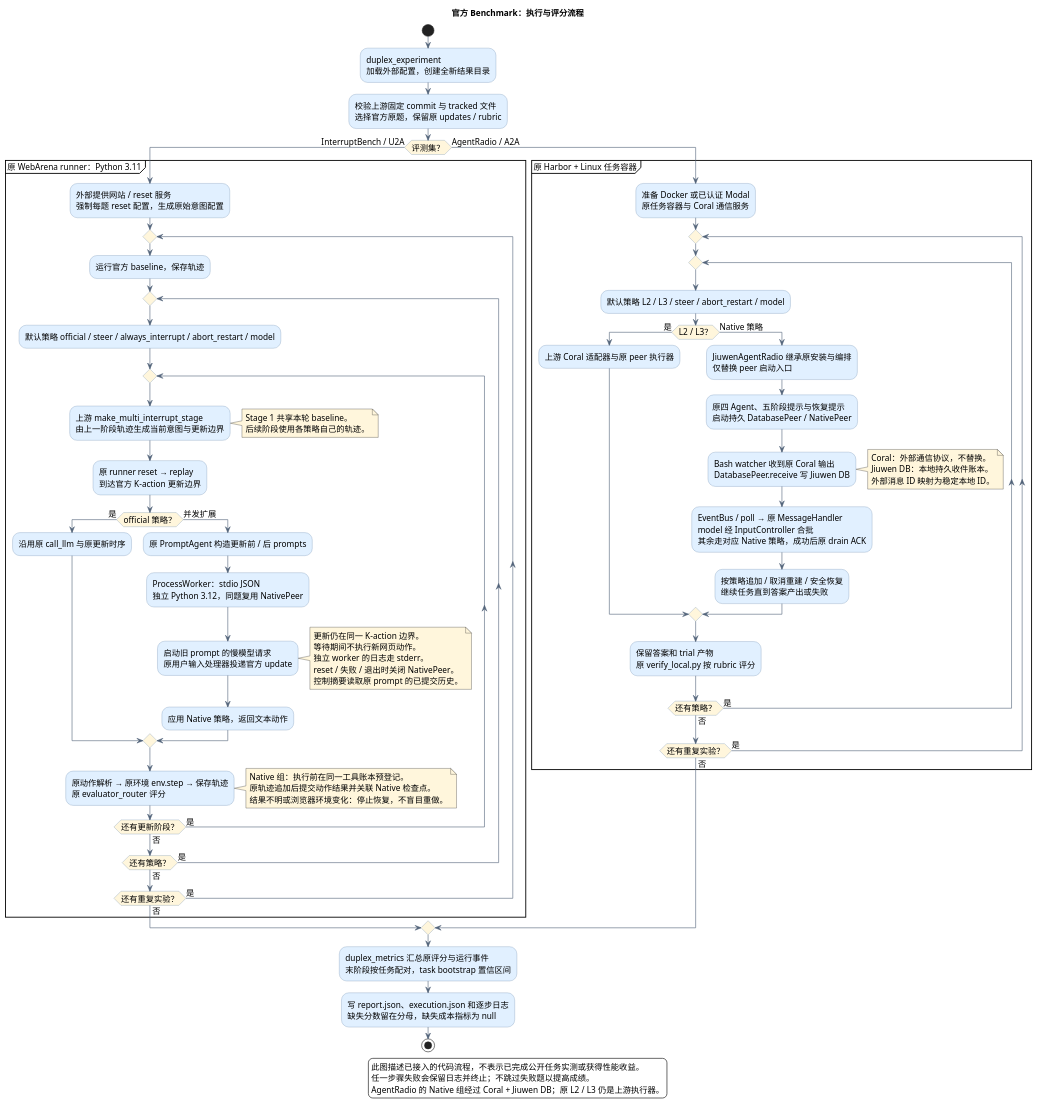
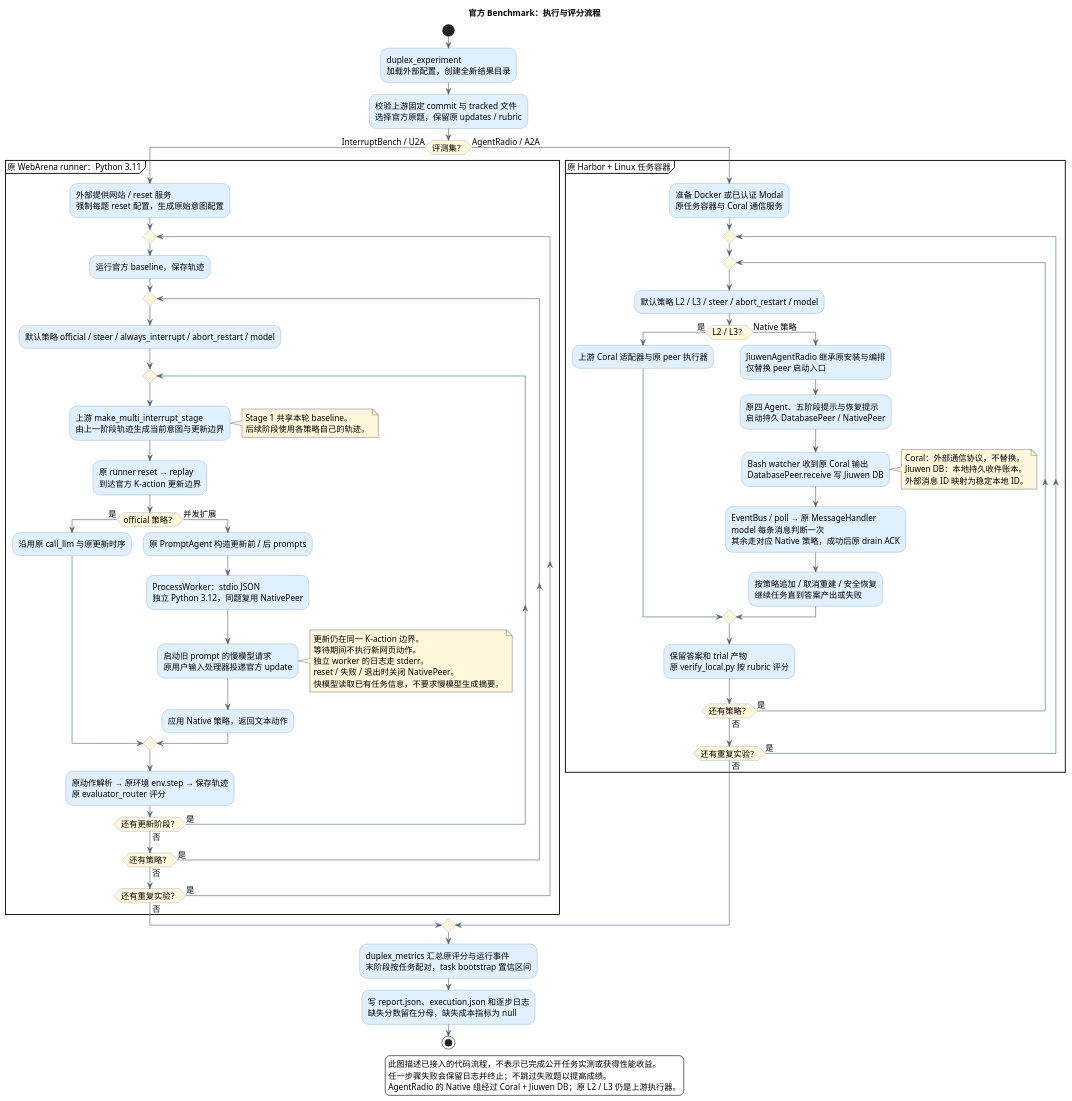
One commit to zuiho-kai/jiuwenswarm changed the diagram in docs/diagrams/duplex-benchmark-flow.puml. Above: the diagram before and after it, drawn with PlantUML. The commit also changed 74 other files, not shown here.

```diff
--- a/docs/diagrams/duplex-benchmark-flow.puml
+++ b/docs/diagrams/duplex-benchmark-flow.puml
@@ -1,89 +1,84 @@
 @startuml duplex-benchmark-flow
 title 官方 Benchmark：执行与评分流程
 skinparam defaultFontName Microsoft YaHei
 skinparam defaultFontSize 14
 skinparam shadowing false
 skinparam ArrowColor #52647A
 skinparam activityBackgroundColor #E1F0FF
 skinparam activityBorderColor #6A8BAB
 skinparam activityDiamondBackgroundColor #FFF6DC
 skinparam noteBackgroundColor #FFF6DC
 skinparam backgroundColor #FFFFFF
 
 start
 :duplex_experiment\n加载外部配置，创建全新结果目录;
 :校验上游固定 commit 与 tracked 文件\n选择官方原题，保留原 updates / rubric;
 if (评测集？) then (InterruptBench / U2A)
   partition "原 WebArena runner：Python 3.11" {
     :外部提供网站 / reset 服务\n强制每题 reset 配置，生成原始意图配置;
     repeat
       :运行官方 baseline，保存轨迹;
       repeat
         :默认策略 official / steer / always_interrupt / abort_restart / model;
         repeat
           :上游 make_multi_interrupt_stage\n由上一阶段轨迹生成当前意图与更新边界;
           note right
             Stage 1 共享本轮 baseline。
             后续阶段使用各策略自己的轨迹。
           end note
           :原 runner reset → replay\n到达官方 K-action 更新边界;
           if (official 策略？) then (是)
             :沿用原 call_llm 与原更新时序;
           else (并发扩展)
             :原 PromptAgent 构造更新前 / 后 prompts;
             :ProcessWorker：stdio JSON\n独立 Python 3.12，同题复用 NativePeer;
             :启动旧 prompt 的慢模型请求\n原用户输入处理器投递官方 update;
             note right
               更新仍在同一 K-action 边界。
               等待期间不执行新网页动作。
               独立 worker 的日志走 stderr。
               reset / 失败 / 退出时关闭 NativePeer。
-              控制摘要读取原 prompt 的已提交历史。
+              快模型读取已有任务信息，不要求慢模型生成摘要。
             end note
             :应用 Native 策略，返回文本动作;
           endif
           :原动作解析 → 原环境 env.step → 保存轨迹\n原 evaluator_router 评分;
-          note right
-            Native 组：执行前在同一工具账本预登记。
-            原轨迹追加后提交动作结果并关联 Native 检查点。
-            结果不明或浏览器环境变化：停止恢复，不盲目重做。
-          end note
         repeat while (还有更新阶段？) is (是) not (否)
       repeat while (还有策略？) is (是) not (否)
     repeat while (还有重复实验？) is (是) not (否)
   }
 else (AgentRadio / A2A)
   partition "原 Harbor + Linux 任务容器" {
     :准备 Docker 或已认证 Modal\n原任务容器与 Coral 通信服务;
     repeat
       repeat
         :默认策略 L2 / L3 / steer / abort_restart / model;
         if (L2 / L3？) then (是)
           :上游 Coral 适配器与原 peer 执行器;
         else (Native 策略)
           :JiuwenAgentRadio 继承原安装与编排\n仅替换 peer 启动入口;
           :原四 Agent、五阶段提示与恢复提示\n启动持久 DatabasePeer / NativePeer;
           :Bash watcher 收到原 Coral 输出\nDatabasePeer.receive 写 Jiuwen DB;
           note right
             Coral：外部通信协议，不替换。
             Jiuwen DB：本地持久收件账本。
             外部消息 ID 映射为稳定本地 ID。
           end note
-          :EventBus / poll → 原 MessageHandler\nmodel 经 InputController 合批\n其余走对应 Native 策略，成功后原 drain ACK;
+          :EventBus / poll → 原 MessageHandler\nmodel 每条消息判断一次\n其余走对应 Native 策略，成功后原 drain ACK;
           :按策略追加 / 取消重建 / 安全恢复\n继续任务直到答案产出或失败;
         endif
         :保留答案和 trial 产物\n原 verify_local.py 按 rubric 评分;
       repeat while (还有策略？) is (是) not (否)
     repeat while (还有重复实验？) is (是) not (否)
   }
 endif
 :duplex_metrics 汇总原评分与运行事件\n末阶段按任务配对，task bootstrap 置信区间;
 :写 report.json、execution.json 和逐步日志\n缺失分数留在分母，缺失成本指标为 null;
 stop
 
 legend bottom
 此图描述已接入的代码流程，不表示已完成公开任务实测或获得性能收益。
 任一步骤失败会保留日志并终止；不跳过失败题以提高成绩。
 AgentRadio 的 Native 组经过 Coral + Jiuwen DB；原 L2 / L3 仍是上游执行器。
 endlegend
 @enduml
```
